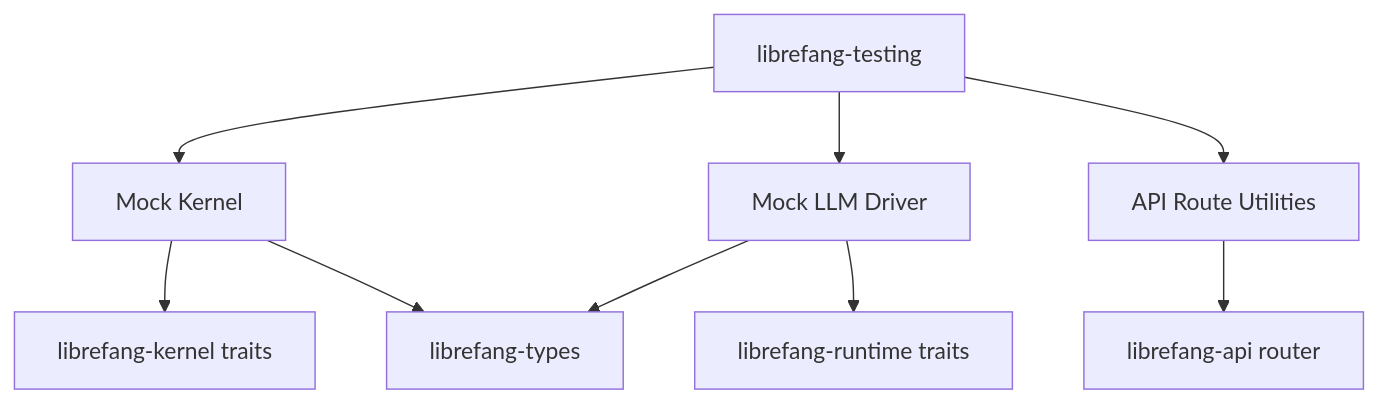
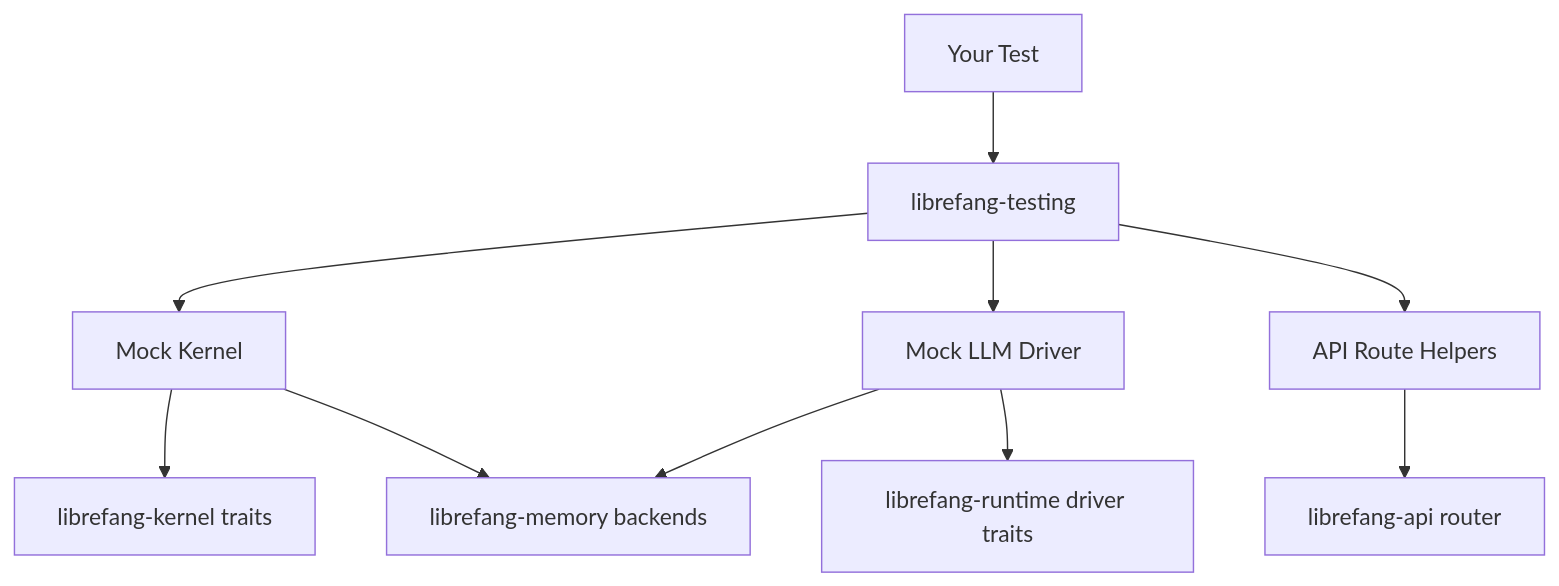
The diagram in other-librefang-testing.md (leszek3737/librefang-WIki), drawn with Mermaid before and after one commit. The commit also changed other lines of this file and 126 other files, not shown here.

````diff
--- a/other-librefang-testing.md
+++ b/other-librefang-testing.md
@@ -70,11 +36,12 @@
 ```mermaid
 graph TD
-    T[librefang-testing] --> MK[Mock Kernel]
-    T --> ML[Mock LLM Driver]
-    T --> AU[API Route Utilities]
-    MK --> KT[librefang-kernel traits]
-    ML --> RT[librefang-runtime traits]
-    AU --> AP[librefang-api router]
-    MK --> TY[librefang-types]
-    ML --> TY
+    A[Your Test] --> B[librefang-testing]
+    B --> C[Mock Kernel]
+    B --> D[Mock LLM Driver]
+    B --> E[API Route Helpers]
+    C --> F[librefang-kernel traits]
+    D --> G[librefang-runtime driver traits]
+    E --> H[librefang-api router]
+    C --> I[librefang-memory backends]
+    D --> I
 ```
````
